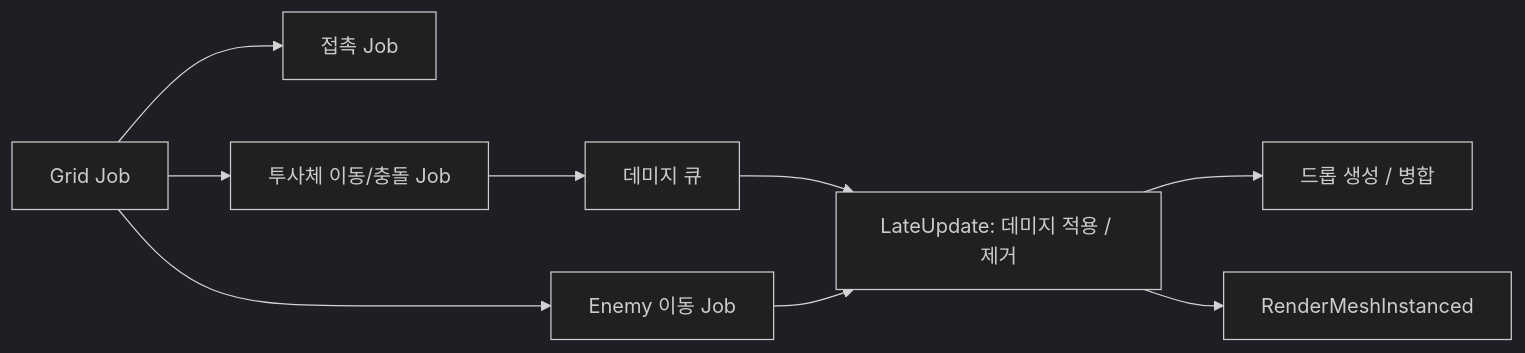
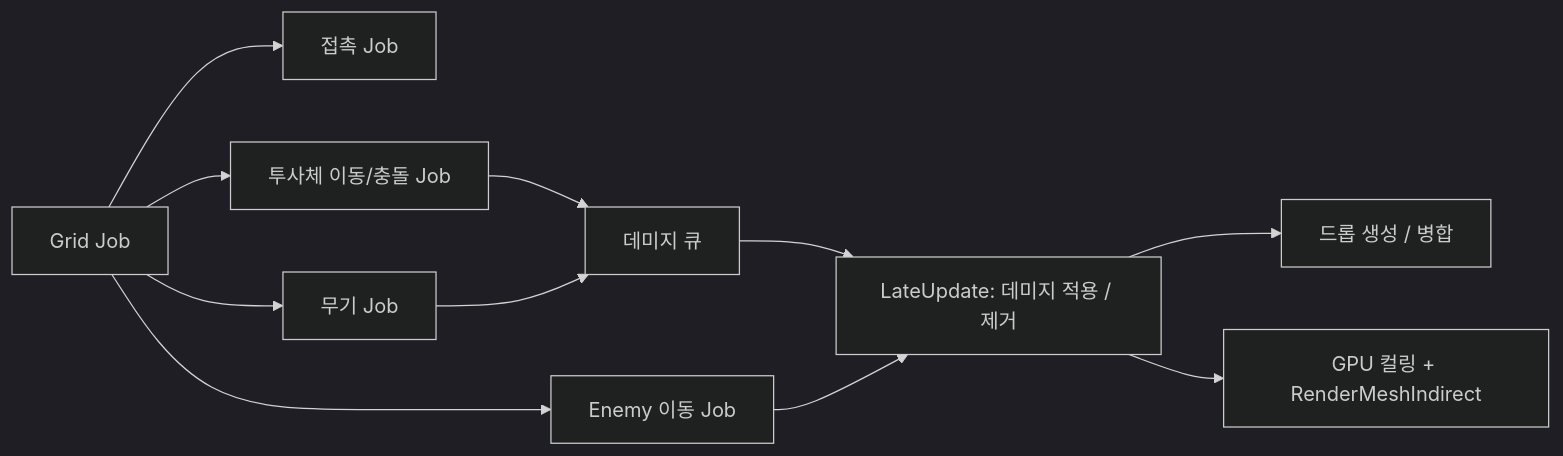
One commit to lolisia/portfolio-01 changed the diagram in README.md. Above: the diagram before and after it, drawn with Mermaid (dark theme). The commit also changed other lines of this file and 35 other files, not shown here.

First line of the commit message:
무기 3종, GPU Indirect 렌더링, 목표 탐색 격자화, 경험치 Object 상한 추가

````diff
--- a/README.md
+++ b/README.md
@@ -61,11 +75,13 @@
 ```mermaid
 flowchart LR
     G[Grid Job] --> M[Enemy 이동 Job]
     G --> C[접촉 Job]
     G --> P[투사체 이동/충돌 Job]
+    G --> W[무기 Job]
     P --> Q[데미지 큐]
+    W --> Q
     Q --> D[LateUpdate: 데미지 적용 / 제거]
     M --> D
     D --> K[드롭 생성 / 병합]
-    D --> R[RenderMeshInstanced]
+    D --> R[GPU 컬링 + RenderMeshIndirect]
 ```
````
